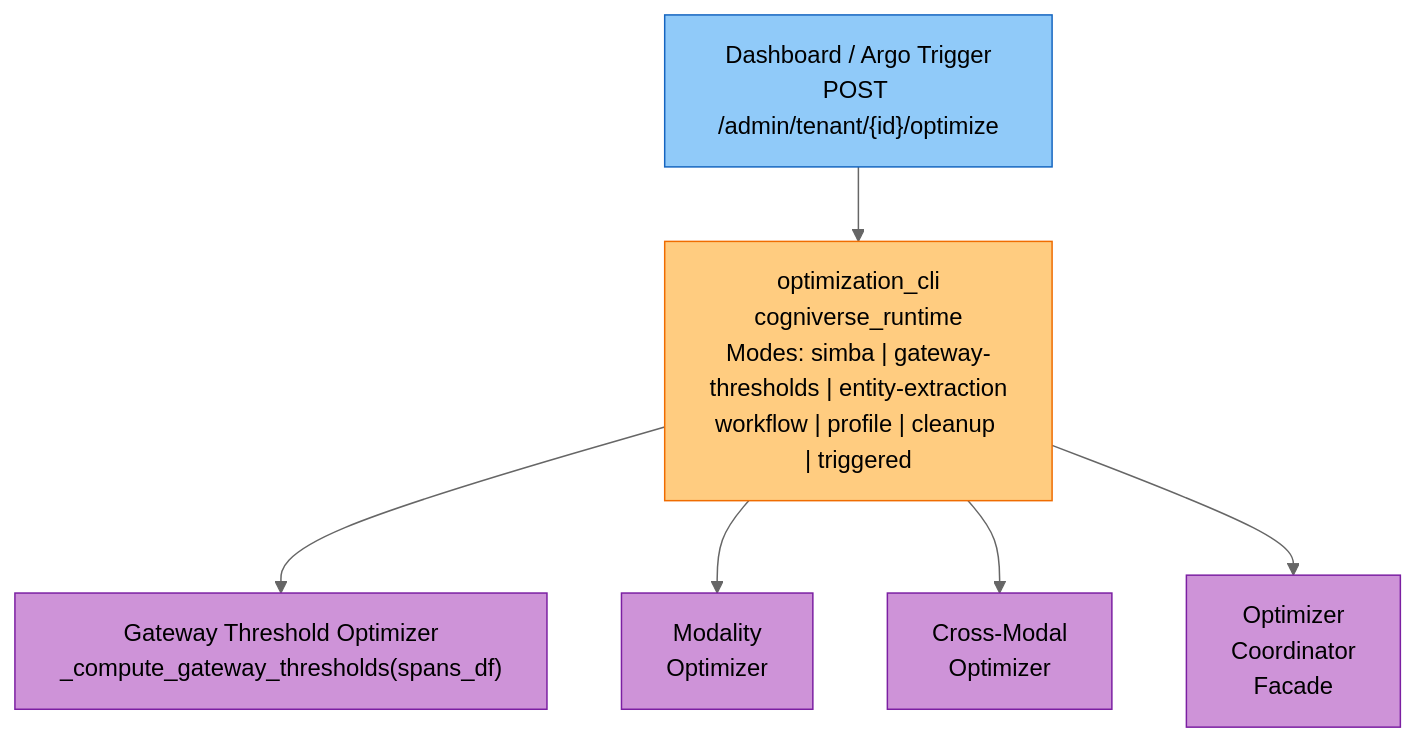
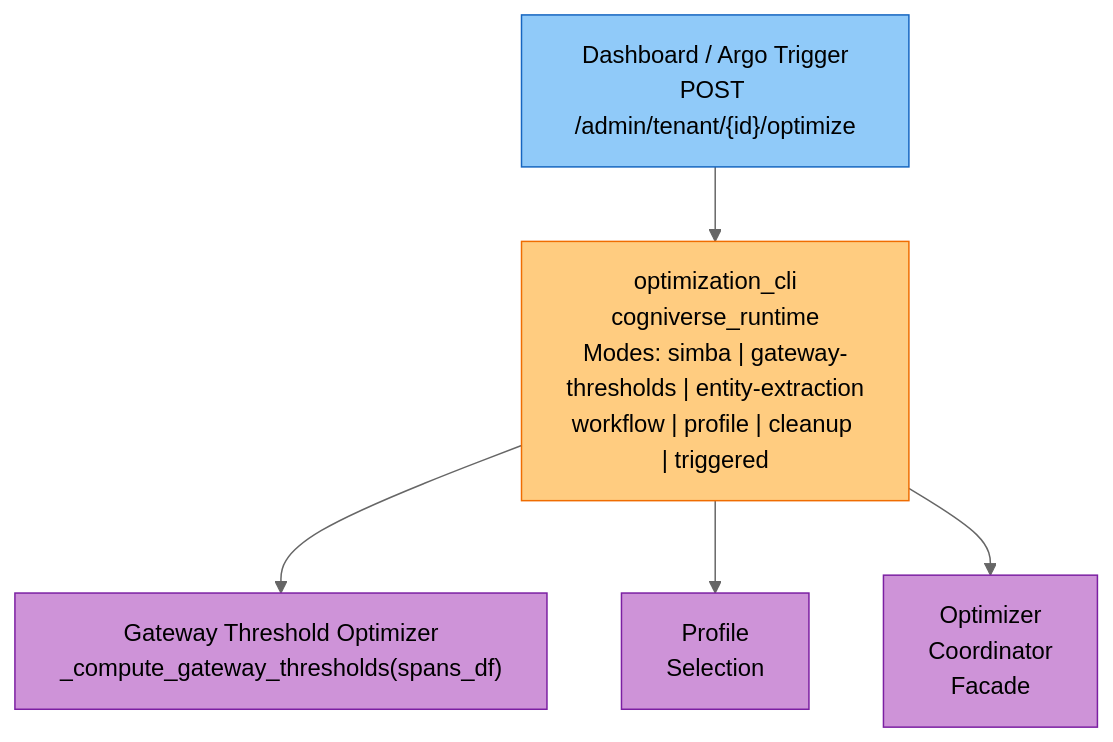
One commit to amit-jain/cogniverse changed the first of 4 diagrams in docs/modules/optimization.md. Above: the diagram before and after it, drawn with Mermaid (neutral theme). The commit also changed other lines of this file and 43 other files, not shown here.

First line of the commit message:
Replace modality optimizer with profile-selection synthetic generator

````diff
--- a/docs/modules/optimization.md
+++ b/docs/modules/optimization.md
@@ -83,18 +80,16 @@
 ```mermaid
 flowchart TB
     Dashboard["<span style='color:#000'>Dashboard / Argo Trigger<br/>POST /admin/tenant/{id}/optimize</span>"]
 
     Dashboard --> OptCLI["<span style='color:#000'>optimization_cli<br/>cogniverse_runtime<br/>Modes: simba | gateway-thresholds | entity-extraction<br/>workflow | profile | cleanup | triggered</span>"]
 
     OptCLI --> GatewayOpt["<span style='color:#000'>Gateway Threshold Optimizer<br/>_compute_gateway_thresholds(spans_df)</span>"]
-    OptCLI --> Modality["<span style='color:#000'>Modality<br/>Optimizer</span>"]
-    OptCLI --> CrossModal["<span style='color:#000'>Cross-Modal<br/>Optimizer</span>"]
+    OptCLI --> Profile["<span style='color:#000'>Profile<br/>Selection</span>"]
     OptCLI --> Coordinator["<span style='color:#000'>Optimizer<br/>Coordinator<br/>Facade</span>"]
 
     style Dashboard fill:#90caf9,stroke:#1565c0,color:#000
     style OptCLI fill:#ffcc80,stroke:#ef6c00,color:#000
     style GatewayOpt fill:#ce93d8,stroke:#7b1fa2,color:#000
-    style Modality fill:#ce93d8,stroke:#7b1fa2,color:#000
-    style CrossModal fill:#ce93d8,stroke:#7b1fa2,color:#000
+    style Profile fill:#ce93d8,stroke:#7b1fa2,color:#000
     style Coordinator fill:#ce93d8,stroke:#7b1fa2,color:#000
 ```
````
